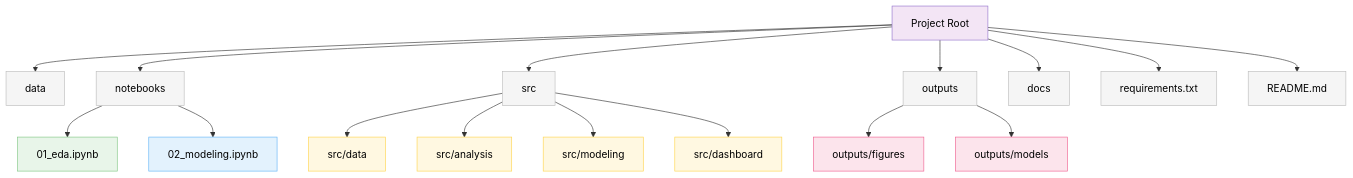
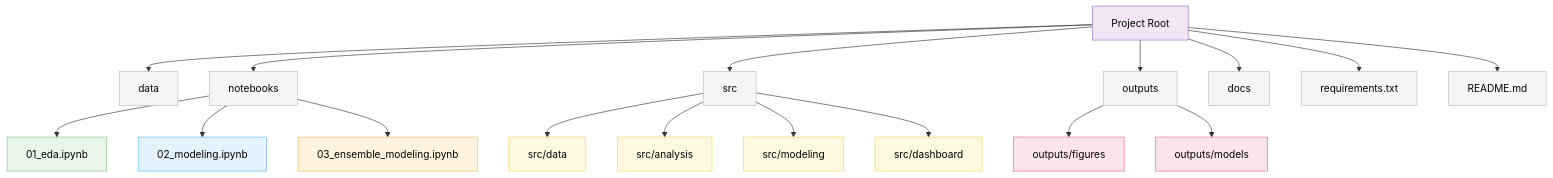
Before and after one commit to Simon-Kimanzi/Fruit_fly-Host-Interactions-SDM-: the diagram in README.md, drawn with Mermaid. The commit also changed other lines of this file and 1 other file, not shown here.

````diff
--- a/README.md
+++ b/README.md
@@ -32,38 +32,40 @@
 ```mermaid
 flowchart TD
     A[Project Root] --> B[data]
     A --> C[notebooks]
     A --> D[src]
     A --> E[outputs]
     A --> F[docs]
     A --> G[requirements.txt]
     A --> H[README.md]
 
     C --> C1[01_eda.ipynb]
     C --> C2[02_modeling.ipynb]
+    C --> C3[03_ensemble_modeling.ipynb]
 
     D --> D1[src/data]
     D --> D2[src/analysis]
     D --> D3[src/modeling]
     D --> D4[src/dashboard]
 
     E --> E1[outputs/figures]
     E --> E2[outputs/models]
 
     style A fill:#f3e5f5,stroke:#9575cd,stroke-width:1px,color:#000000
     style B fill:#f5f5f5,stroke:#bdbdbd,stroke-width:1px,color:#000000
     style C fill:#f5f5f5,stroke:#bdbdbd,stroke-width:1px,color:#000000
     style D fill:#f5f5f5,stroke:#bdbdbd,stroke-width:1px,color:#000000
     style E fill:#f5f5f5,stroke:#bdbdbd,stroke-width:1px,color:#000000
     style F fill:#f5f5f5,stroke:#bdbdbd,stroke-width:1px,color:#000000
     style G fill:#f5f5f5,stroke:#bdbdbd,stroke-width:1px,color:#000000
     style H fill:#f5f5f5,stroke:#bdbdbd,stroke-width:1px,color:#000000
     style C1 fill:#e8f5e9,stroke:#81c784,stroke-width:1px,color:#000000
     style C2 fill:#e3f2fd,stroke:#64b5f6,stroke-width:1px,color:#000000
+    style C3 fill:#fff3e0,stroke:#ffb74d,stroke-width:1px,color:#000000
     style D1 fill:#fff8e1,stroke:#ffd54f,stroke-width:1px,color:#000000
     style D2 fill:#fff8e1,stroke:#ffd54f,stroke-width:1px,color:#000000
     style D3 fill:#fff8e1,stroke:#ffd54f,stroke-width:1px,color:#000000
     style D4 fill:#fff8e1,stroke:#ffd54f,stroke-width:1px,color:#000000
     style E1 fill:#fce4ec,stroke:#f06292,stroke-width:1px,color:#000000
     style E2 fill:#fce4ec,stroke:#f06292,stroke-width:1px,color:#000000
 ```
````
